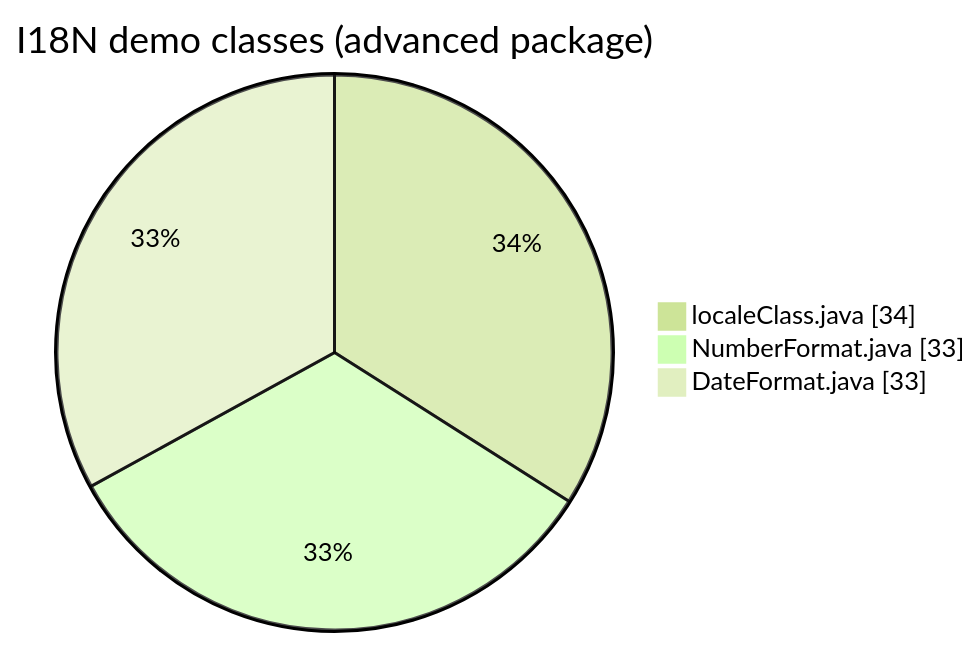
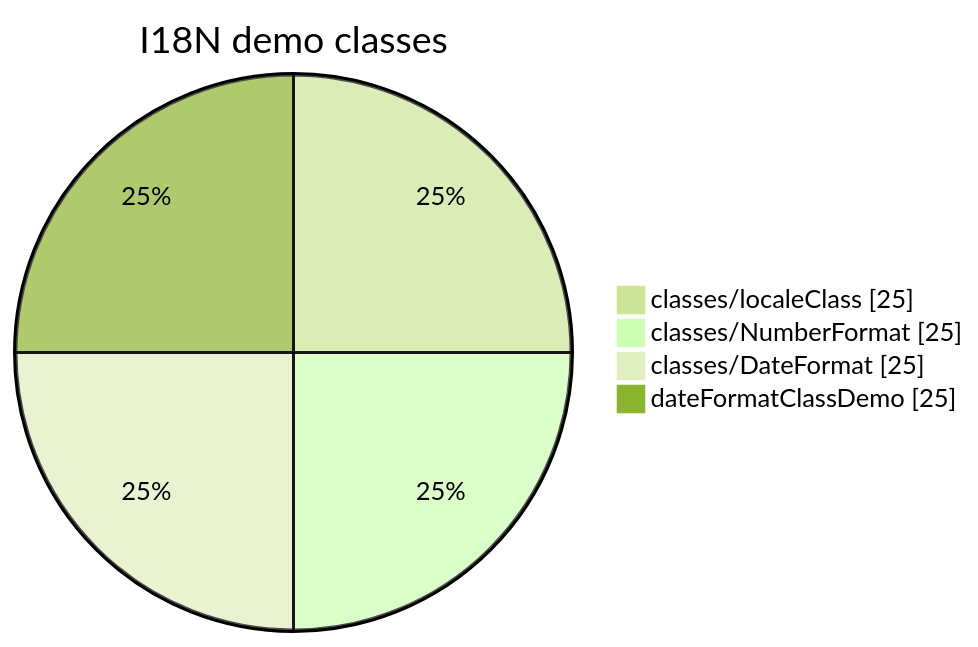
Diagram 14 of 14 in docs/concepts/internationalization/internationalization.md (chaitussm/Java-Project), drawn with Mermaid (forest theme) before and after one commit. The commit also changed other lines of this file, not shown here.

Commit message:
docs(i18n): converStringToJavaDateForm end-to-end flow in DateFormat section

````diff
--- a/docs/concepts/internationalization/internationalization.md
+++ b/docs/concepts/internationalization/internationalization.md
@@ -402,7 +549,8 @@
 ```mermaid
 pie showData
-    title I18N demo classes (advanced package)
-    "localeClass.java" : 34
-    "NumberFormat.java" : 33
-    "DateFormat.java" : 33
+    title I18N demo classes
+    "classes/localeClass" : 25
+    "classes/NumberFormat" : 25
+    "classes/DateFormat" : 25
+    "dateFormatClassDemo" : 25
 ```
````
